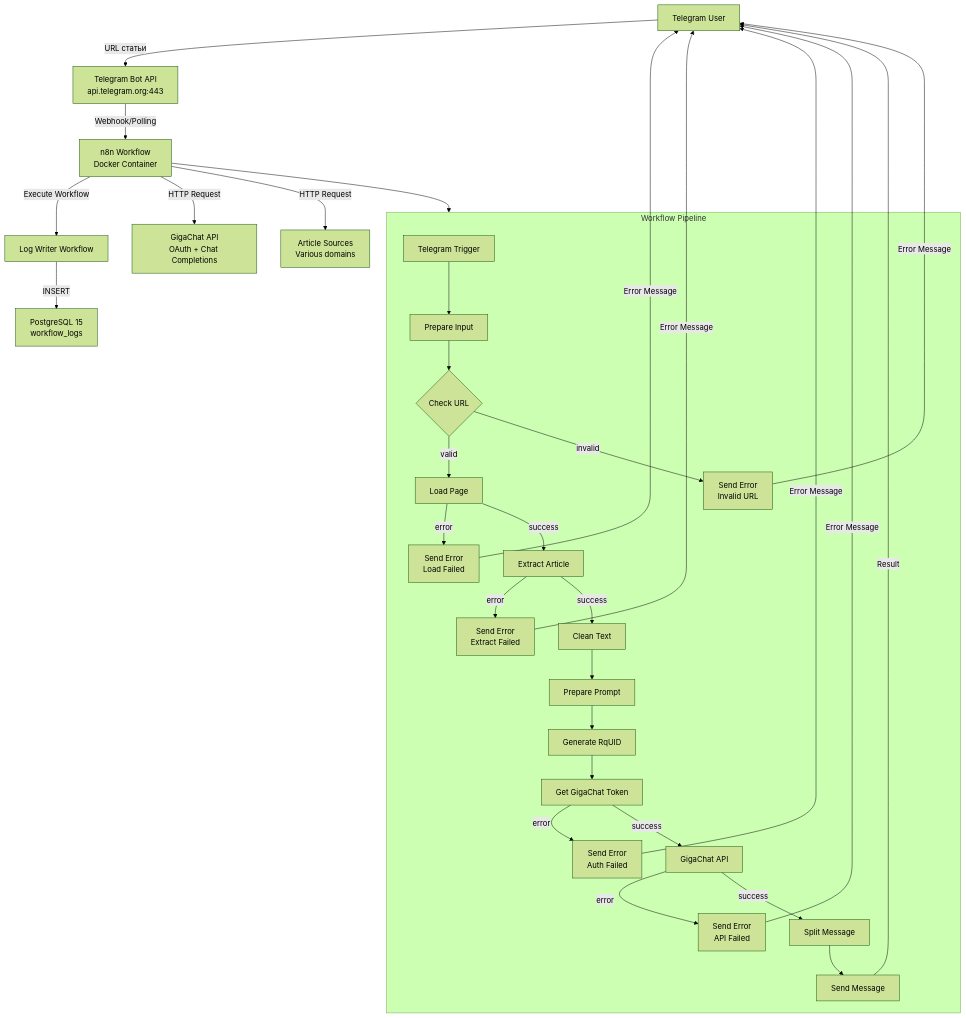
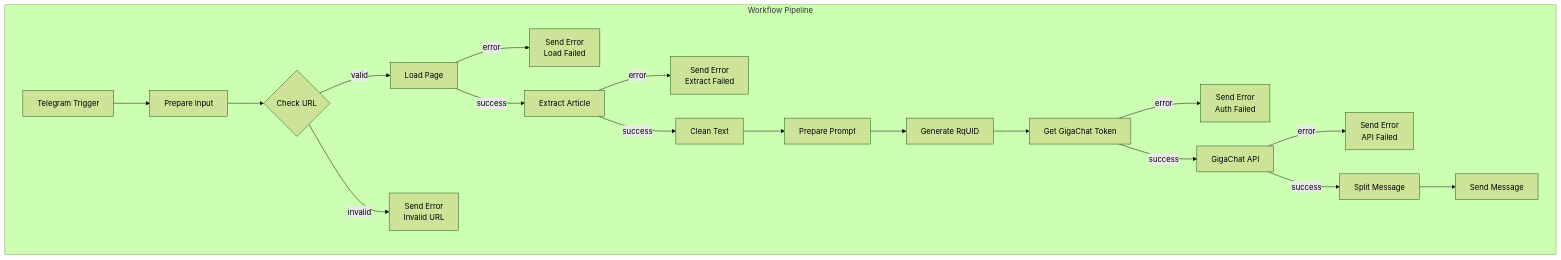
One commit to AlexLvGulyaev/telegram-ai-gateway changed the third of 8 diagrams in docs/architecture.md. Above: the diagram before and after it, drawn with Mermaid (forest theme). The commit also changed other lines of this file and 19 other files, not shown here.

````diff
--- a/docs/architecture.md
+++ b/docs/architecture.md
@@ -7,39 +47,21 @@
 ```mermaid
 flowchart TB
-    User[Telegram User] -->|URL статьи| BotAPI[Telegram Bot API<br/>api.telegram.org:443]
-    BotAPI -->|Webhook/Polling| N8N[n8n Workflow<br/>Docker Container]
-
     subgraph Workflow[Workflow Pipeline]
         Trigger[Telegram Trigger] --> Prepare[Prepare Input]
         Prepare --> CheckURL{Check URL}
         CheckURL -->|valid| Load[Load Page]
         CheckURL -->|invalid| ErrorURL[Send Error<br/>Invalid URL]
         Load -->|error| ErrorLoad[Send Error<br/>Load Failed]
         Load -->|success| Extract[Extract Article]
         Extract -->|error| ErrorExtract[Send Error<br/>Extract Failed]
         Extract -->|success| Clean[Clean Text]
         Clean --> Prompt[Prepare Prompt]
         Prompt --> RqUID[Generate RqUID]
         RqUID --> Token[Get GigaChat Token]
         Token -->|error| ErrorAuth[Send Error<br/>Auth Failed]
         Token -->|success| GigaChat[GigaChat API]
         GigaChat -->|error| ErrorAPI[Send Error<br/>API Failed]
         GigaChat -->|success| Split[Split Message]
         Split --> Send[Send Message]
     end
-
-    N8N --> Workflow
-
-    N8N -->|Execute Workflow| LogWriter[Log Writer Workflow]
-    LogWriter -->|INSERT| PG[PostgreSQL 15<br/>workflow_logs]
-
-    N8N -->|HTTP Request| GigaChatAPI[GigaChat API<br/>OAuth + Chat Completions]
-    N8N -->|HTTP Request| ArticleSources[Article Sources<br/>Various domains]
-
-    Send -->|Result| User
-    ErrorURL -->|Error Message| User
-    ErrorLoad -->|Error Message| User
-    ErrorExtract -->|Error Message| User
-    ErrorAuth -->|Error Message| User
-    ErrorAPI -->|Error Message| User
 ```
````
